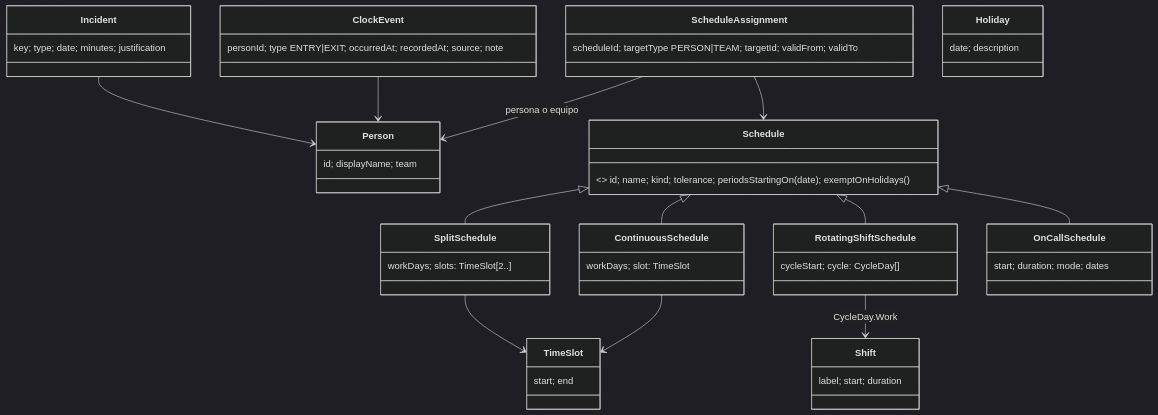
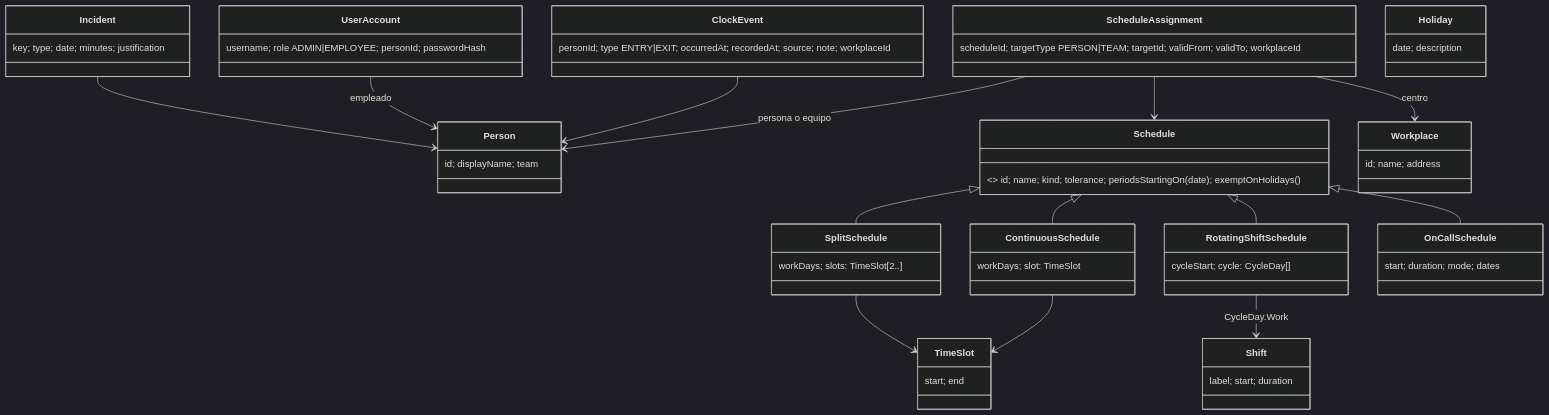
One commit to Jiujitsu2816/Asistance-app changed the third of 3 diagrams in README.md. Above: the diagram before and after it, drawn with Mermaid (dark theme). The commit also changed other lines of this file and 72 other files, not shown here.

````diff
--- a/README.md
+++ b/README.md
@@ -295,26 +311,30 @@
 ```mermaid
 classDiagram
     class Person { id; displayName; team }
     class Schedule { <<sealed>> id; name; kind; tolerance; periodsStartingOn(date); exemptOnHolidays() }
     class ContinuousSchedule { workDays; slot: TimeSlot }
     class SplitSchedule { workDays; slots: TimeSlot[2..] }
     class RotatingShiftSchedule { cycleStart; cycle: CycleDay[] }
     class OnCallSchedule { start; duration; mode; dates }
     class TimeSlot { start; end }
     class Shift { label; start; duration }
-    class ScheduleAssignment { scheduleId; targetType PERSON|TEAM; targetId; validFrom; validTo }
-    class ClockEvent { personId; type ENTRY|EXIT; occurredAt; recordedAt; source; note }
+    class ScheduleAssignment { scheduleId; targetType PERSON|TEAM; targetId; validFrom; validTo; workplaceId }
+    class ClockEvent { personId; type ENTRY|EXIT; occurredAt; recordedAt; source; note; workplaceId }
+    class Workplace { id; name; address }
+    class UserAccount { username; role ADMIN|EMPLOYEE; personId; passwordHash }
     class Incident { key; type; date; minutes; justification }
     class Holiday { date; description }
     Schedule <|-- ContinuousSchedule
     Schedule <|-- SplitSchedule
     Schedule <|-- RotatingShiftSchedule
     Schedule <|-- OnCallSchedule
     ContinuousSchedule --> TimeSlot
     SplitSchedule --> TimeSlot
     RotatingShiftSchedule --> Shift : CycleDay.Work
     ScheduleAssignment --> Schedule
     ScheduleAssignment --> Person : persona o equipo
     ClockEvent --> Person
+    ScheduleAssignment --> Workplace : centro
+    UserAccount --> Person : empleado
     Incident --> Person
 ```
````
